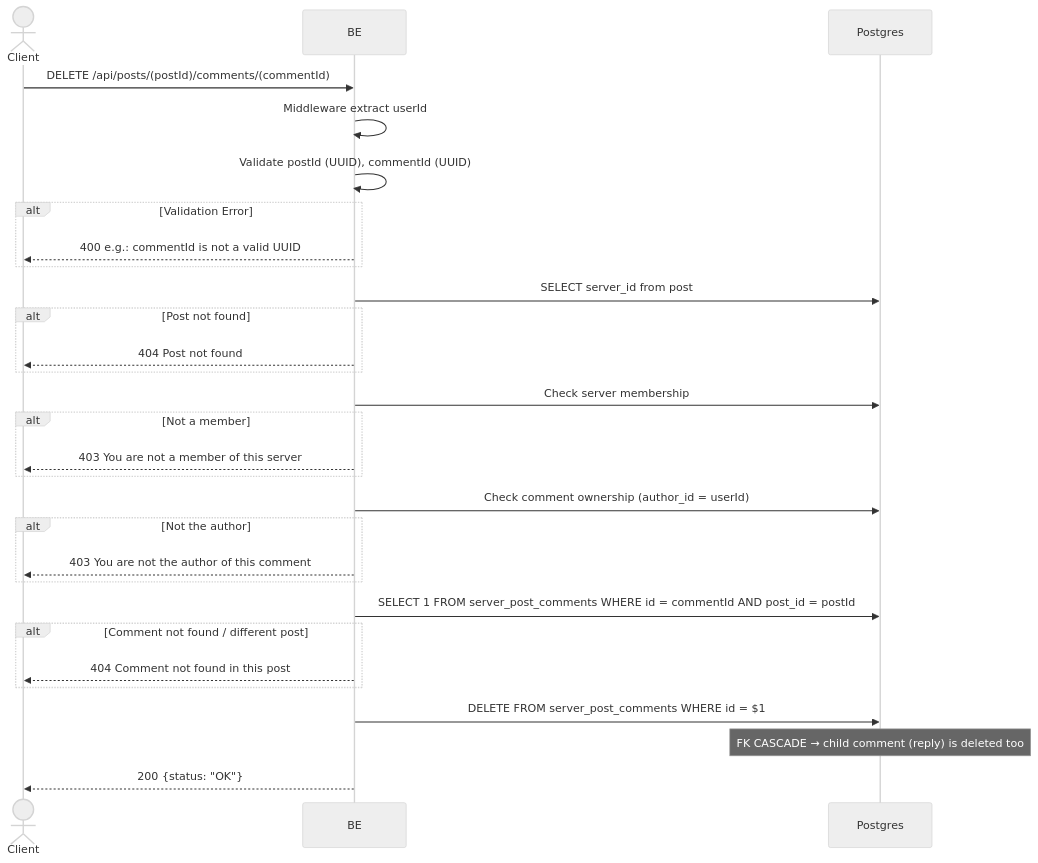
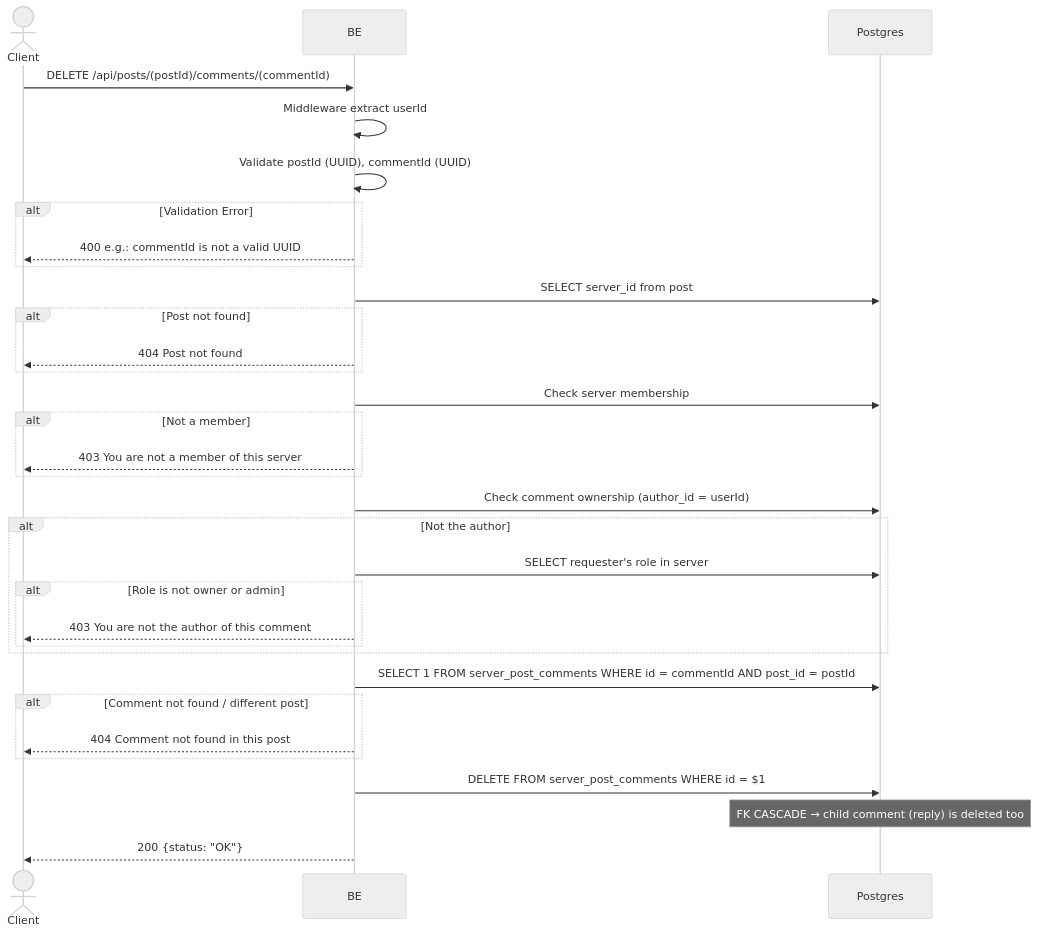
One commit to ferdian3456/virdanproject changed the diagram in docs/flows/en/delete_comment.md. Above: the diagram before and after it, drawn with Mermaid (neutral theme). The commit also changed other lines of this file and 67 other files, not shown here.

First line of the commit message:
Audit and fix API flow docs; add missing Payment/Chat documentation (#42)

````diff
--- a/docs/flows/en/delete_comment.md
+++ b/docs/flows/en/delete_comment.md
@@ -13,32 +13,35 @@
 ```mermaid
 sequenceDiagram
     actor Client
     participant BE
     participant Postgres
 
     Client->>BE: DELETE /api/posts/(postId)/comments/(commentId)
     BE->>BE: Middleware extract userId
     BE->>BE: Validate postId (UUID), commentId (UUID)
     alt Validation Error
         BE-->>Client: 400 e.g.: commentId is not a valid UUID
     end
     BE->>Postgres: SELECT server_id from post
     alt Post not found
         BE-->>Client: 404 Post not found
     end
     BE->>Postgres: Check server membership
     alt Not a member
         BE-->>Client: 403 You are not a member of this server
     end
     BE->>Postgres: Check comment ownership (author_id = userId)
     alt Not the author
-        BE-->>Client: 403 You are not the author of this comment
+        BE->>Postgres: SELECT requester's role in server
+        alt Role is not owner or admin
+            BE-->>Client: 403 You are not the author of this comment
+        end
     end
     BE->>Postgres: SELECT 1 FROM server_post_comments WHERE id = commentId AND post_id = postId
     alt Comment not found / different post
         BE-->>Client: 404 Comment not found in this post
     end
     BE->>Postgres: DELETE FROM server_post_comments WHERE id = $1
     note over Postgres: FK CASCADE → child comment (reply) is deleted too
     BE-->>Client: 200 {status: "OK"}
 ```
````
